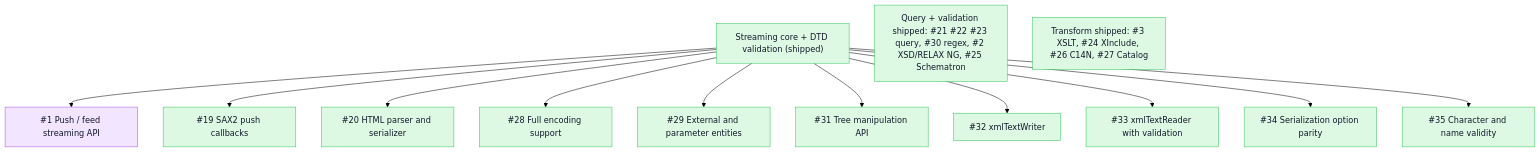
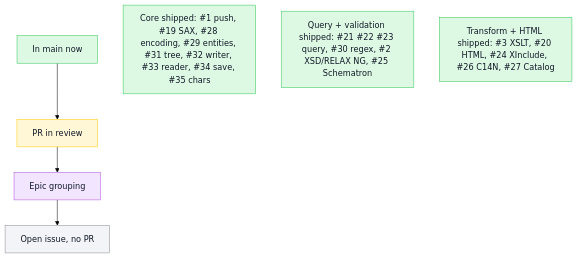
Before and after one commit to mihaelamj/PureXML: the diagram in README.md, drawn with Mermaid (forest theme). The commit also changed other lines of this file and 5 other files, not shown here.

First line of the commit message:
feat(parsing): resumable push / feed streaming API

````diff
--- a/README.md
+++ b/README.md
@@ -55,30 +30,17 @@
 ```mermaid
 flowchart TB
   classDef done fill:#ddf9e4,stroke:#34c759,color:#111827
   classDef review fill:#fff7d6,stroke:#ffcc00,color:#111827
   classDef epic fill:#f2e5ff,stroke:#af52de,color:#111827
   classDef todo fill:#f2f4f7,stroke:#8e8e93,color:#111827
-  Core["Streaming core + DTD validation (shipped)"]:::done
-  Push["#1 Push / feed streaming API"]:::epic
-  Sax["#19 SAX2 push callbacks"]:::done
-  Html["#20 HTML parser and serializer"]:::done
-  Enc["#28 Full encoding support"]:::done
-  Ent["#29 External and parameter entities"]:::done
-  TreeApi["#31 Tree manipulation API"]:::done
-  Writer["#32 xmlTextWriter"]:::done
-  Reader["#33 xmlTextReader with validation"]:::done
-  Save["#34 Serialization option parity"]:::done
-  Chars["#35 Character and name validity"]:::done
+  LDone["In main now"]:::done
+  LReview["PR in review"]:::review
+  LEpic["Epic grouping"]:::epic
+  LTodo["Open issue, no PR"]:::todo
+  Core["Core shipped: #1 push, #19 SAX, #28 encoding, #29 entities, #31 tree, #32 writer, #33 reader, #34 save, #35 chars"]:::done
   Query["Query + validation shipped: #21 #22 #23 query, #30 regex, #2 XSD/RELAX NG, #25 Schematron"]:::done
-  Transform["Transform shipped: #3 XSLT, #24 XInclude, #26 C14N, #27 Catalog"]:::done
-  Core --> Push
-  Core --> Sax
-  Core --> Html
-  Core --> Enc
-  Core --> Ent
-  Core --> TreeApi
-  Core --> Writer
-  Core --> Reader
-  Core --> Save
-  Core --> Chars
+  Transform["Transform + HTML shipped: #3 XSLT, #20 HTML, #24 XInclude, #26 C14N, #27 Catalog"]:::done
+  LDone --> LReview
+  LReview --> LEpic
+  LEpic --> LTodo
 ```
````
